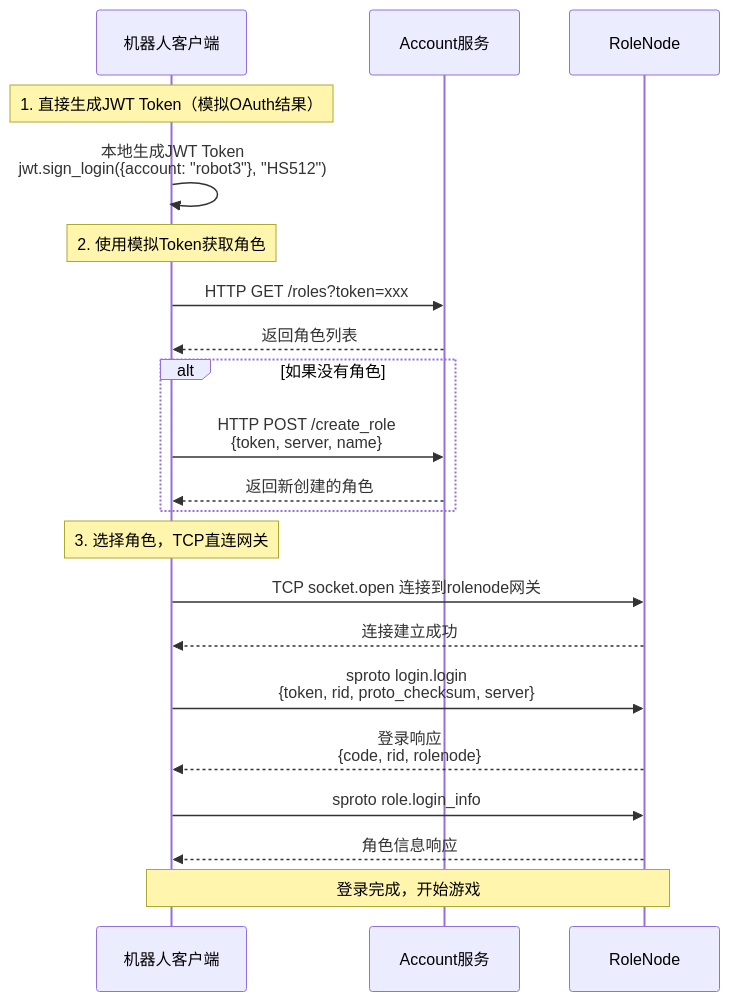
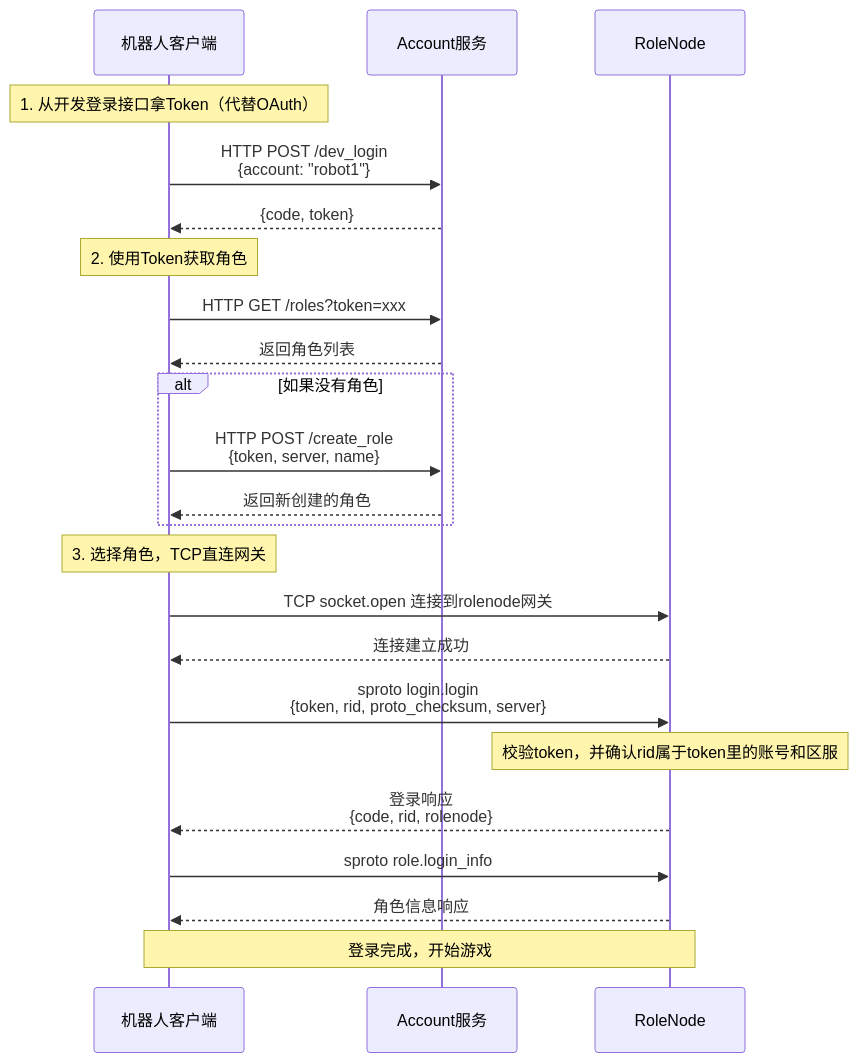
Before and after one commit to hanxi/skyext: the sixth of 6 diagrams in docs/guide/login_diagram.md, drawn with Mermaid. The commit also changed other lines of this file and 50 other files, not shown here.

````diff
--- a/docs/guide/login_diagram.md
+++ b/docs/guide/login_diagram.md
@@ -200,30 +200,32 @@
 ```mermaid
 sequenceDiagram
     participant RC as 机器人客户端
     participant A as Account服务
     participant R as RoleNode
 
-    Note over RC: 1. 直接生成JWT Token（模拟OAuth结果）
-    RC->>RC: 本地生成JWT Token<br/>jwt.sign_login({account: "robot3"}, "HS512")
+    Note over RC: 1. 从开发登录接口拿Token（代替OAuth）
+    RC->>A: HTTP POST /dev_login<br/>{account: "robot1"}
+    A-->>RC: {code, token}
 
-    Note over RC: 2. 使用模拟Token获取角色
+    Note over RC: 2. 使用Token获取角色
     RC->>A: HTTP GET /roles?token=xxx
     A-->>RC: 返回角色列表
 
     alt 如果没有角色
         RC->>A: HTTP POST /create_role<br/>{token, server, name}
         A-->>RC: 返回新创建的角色
     end
 
     Note over RC: 3. 选择角色，TCP直连网关
     RC->>R: TCP socket.open 连接到rolenode网关
     R-->>RC: 连接建立成功
 
     RC->>R: sproto login.login<br/>{token, rid, proto_checksum, server}
+    Note over R: 校验token，并确认rid属于token里的账号和区服
     R-->>RC: 登录响应<br/>{code, rid, rolenode}
 
     RC->>R: sproto role.login_info
     R-->>RC: 角色信息响应
 
     Note over RC,R: 登录完成，开始游戏
 ```
````
